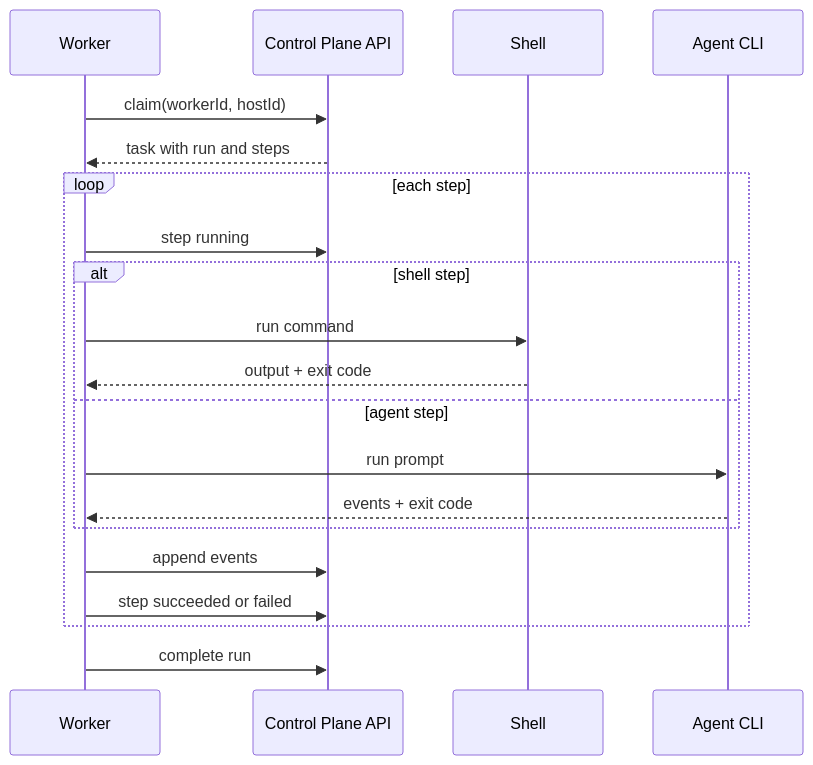
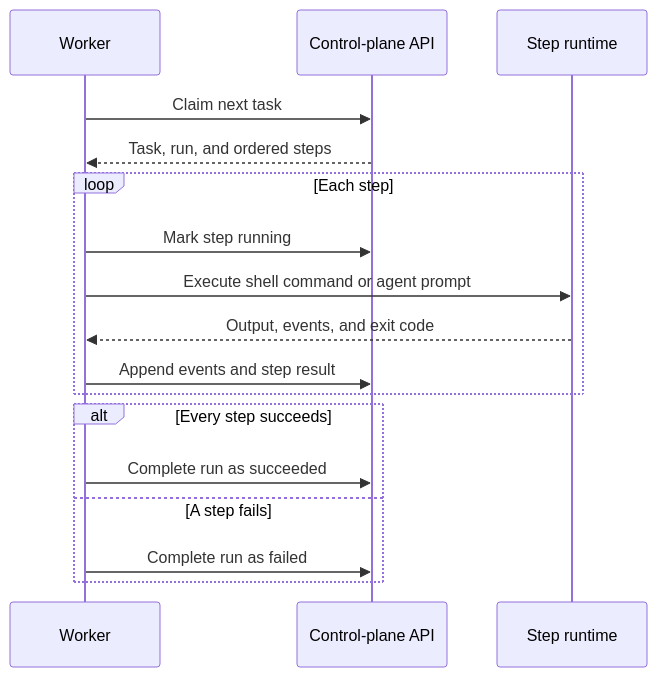
The third of 3 diagrams in examples/dispatch-control-plane/design.md (owainlewis/blueprint), drawn with Mermaid before and after one commit. The commit also changed other lines of this file and 14 other files, not shown here.

First line of the commit message:
docs: polish documentation and diagrams (#38)

````diff
--- a/examples/dispatch-control-plane/design.md
+++ b/examples/dispatch-control-plane/design.md
@@ -159,23 +113,20 @@
 ```mermaid
 sequenceDiagram
     participant W as Worker
-    participant API as Control Plane API
-    participant S as Shell
-    participant A as Agent CLI
+    participant API as Control-plane API
+    participant R as Step runtime
 
-    W->>API: claim(workerId, hostId)
-    API-->>W: task with run and steps
-    loop each step
-        W->>API: step running
-        alt shell step
-            W->>S: run command
-            S-->>W: output + exit code
-        else agent step
-            W->>A: run prompt
-            A-->>W: events + exit code
-        end
-        W->>API: append events
-        W->>API: step succeeded or failed
+    W->>API: Claim next task
+    API-->>W: Task, run, and ordered steps
+    loop Each step
+        W->>API: Mark step running
+        W->>R: Execute shell command or agent prompt
+        R-->>W: Output, events, and exit code
+        W->>API: Append events and step result
     end
-    W->>API: complete run
+    alt Every step succeeds
+        W->>API: Complete run as succeeded
+    else A step fails
+        W->>API: Complete run as failed
+    end
 ```
````
